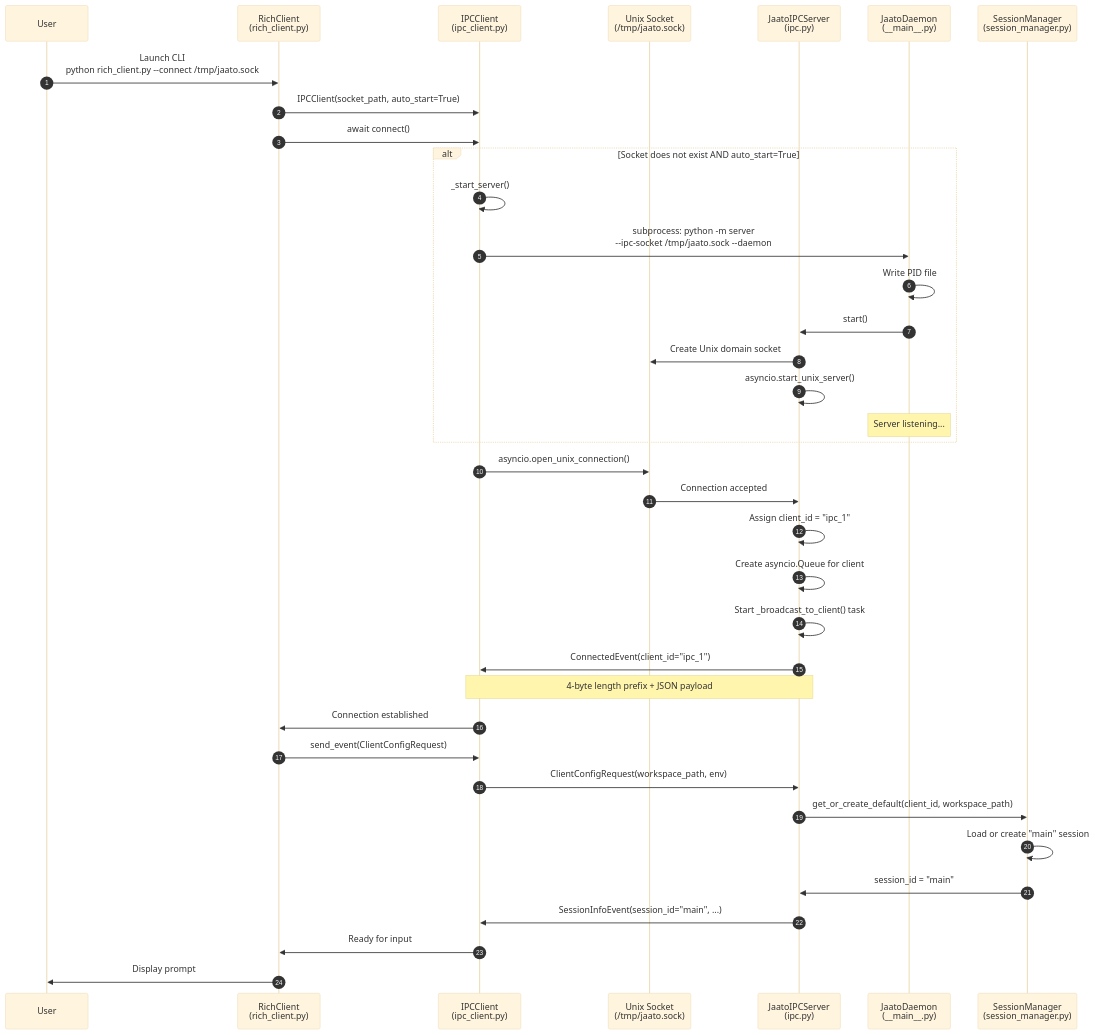
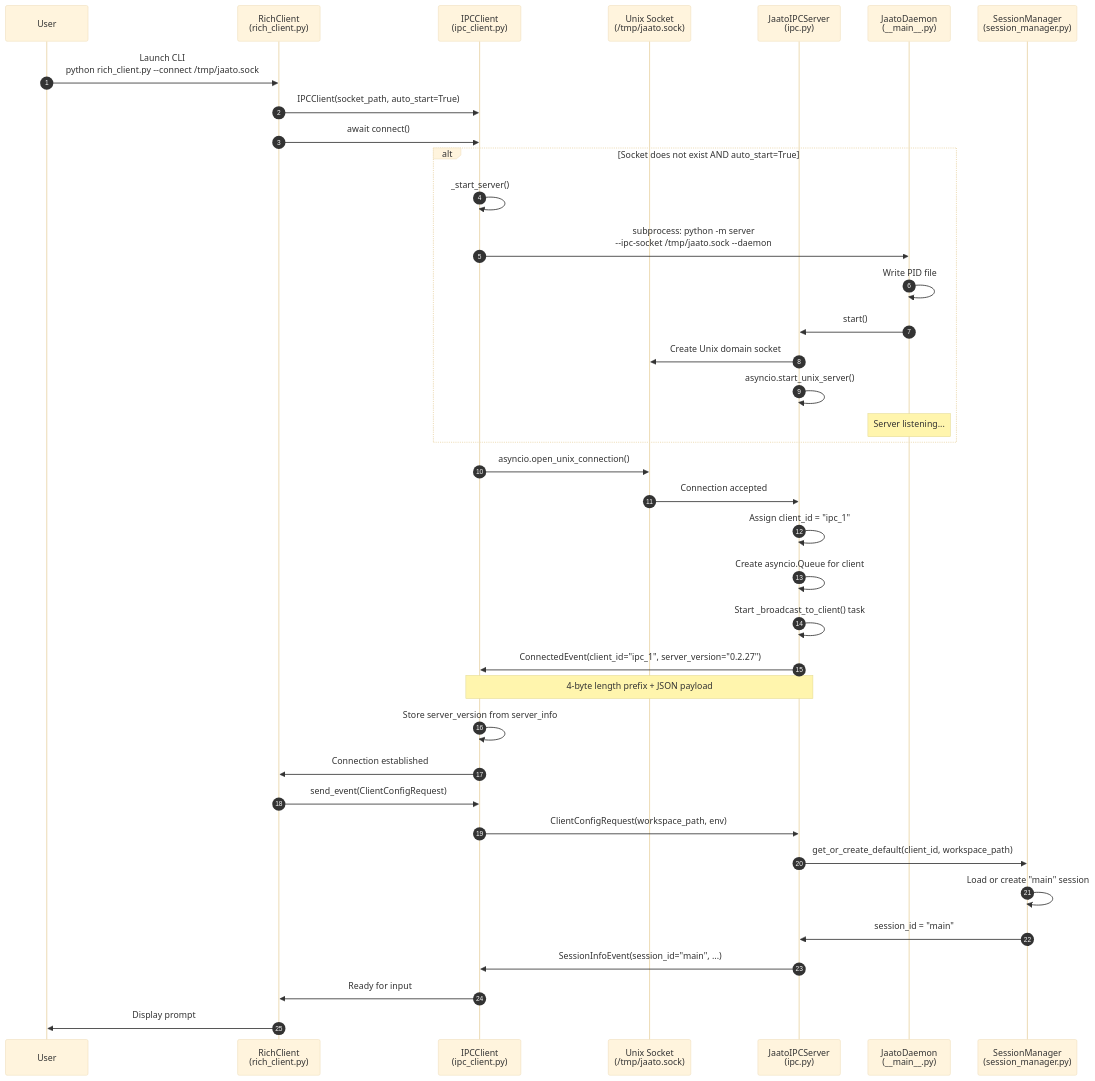
One commit to Jaato-framework-and-examples/jaato changed the first of 9 diagrams in docs/sequence-diagram-architecture.md. Above: the diagram before and after it, drawn with Mermaid (base theme). The commit also changed 13 other files, not shown here.

First line of the commit message:
Add server version check so clients can refuse obsolete servers

````diff
--- a/docs/sequence-diagram-architecture.md
+++ b/docs/sequence-diagram-architecture.md
@@ -140,51 +140,52 @@
 ```mermaid
 sequenceDiagram
     autonumber
     participant User
     participant RichClient as RichClient<br/>(rich_client.py)
     participant IPCClient as IPCClient<br/>(ipc_client.py)
     participant Socket as Unix Socket<br/>(/tmp/jaato.sock)
     participant IPCServer as JaatoIPCServer<br/>(ipc.py)
     participant Daemon as JaatoDaemon<br/>(__main__.py)
     participant SessionMgr as SessionManager<br/>(session_manager.py)
 
     User->>RichClient: Launch CLI<br/>python rich_client.py --connect /tmp/jaato.sock
 
     RichClient->>IPCClient: IPCClient(socket_path, auto_start=True)
 
     RichClient->>IPCClient: await connect()
 
     alt Socket does not exist AND auto_start=True
         IPCClient->>IPCClient: _start_server()
         IPCClient->>Daemon: subprocess: python -m server<br/>--ipc-socket /tmp/jaato.sock --daemon
         Daemon->>Daemon: Write PID file
         Daemon->>IPCServer: start()
         IPCServer->>Socket: Create Unix domain socket
         IPCServer->>IPCServer: asyncio.start_unix_server()
         Note over Daemon: Server listening...
     end
 
     IPCClient->>Socket: asyncio.open_unix_connection()
     Socket->>IPCServer: Connection accepted
 
     IPCServer->>IPCServer: Assign client_id = "ipc_1"
     IPCServer->>IPCServer: Create asyncio.Queue for client
     IPCServer->>IPCServer: Start _broadcast_to_client() task
 
-    IPCServer->>IPCClient: ConnectedEvent(client_id="ipc_1")
+    IPCServer->>IPCClient: ConnectedEvent(client_id="ipc_1", server_version="0.2.27")
     Note over IPCClient,IPCServer: 4-byte length prefix + JSON payload
 
+    IPCClient->>IPCClient: Store server_version from server_info
     IPCClient->>RichClient: Connection established
 
     RichClient->>IPCClient: send_event(ClientConfigRequest)
     IPCClient->>IPCServer: ClientConfigRequest(workspace_path, env)
 
     IPCServer->>SessionMgr: get_or_create_default(client_id, workspace_path)
     SessionMgr->>SessionMgr: Load or create "main" session
     SessionMgr->>IPCServer: session_id = "main"
 
     IPCServer->>IPCClient: SessionInfoEvent(session_id="main", ...)
 
     IPCClient->>RichClient: Ready for input
     RichClient->>User: Display prompt
 ```
````
